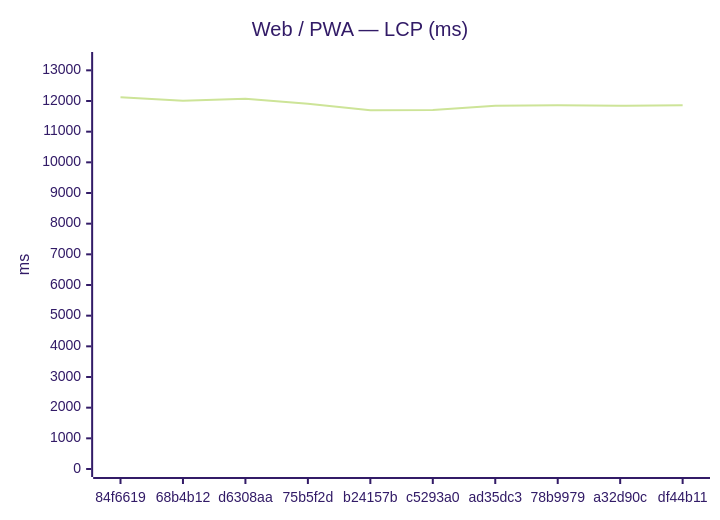
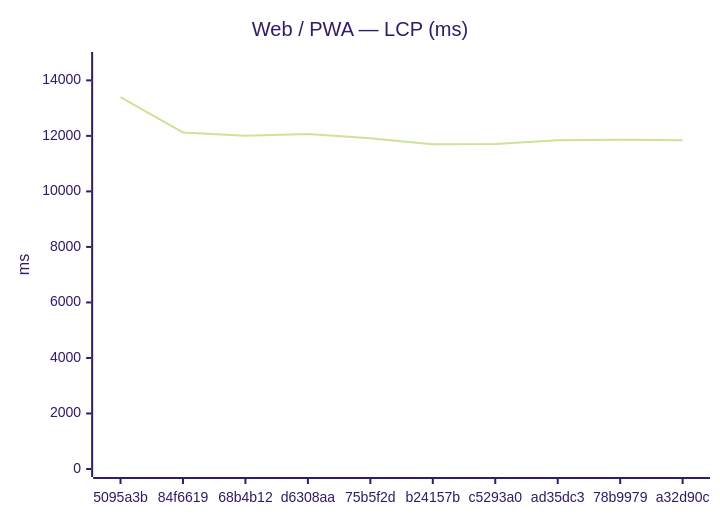
Before and after one commit to Metaheurist/Rianell: the first of 18 diagrams in benchmarks/compare.md, drawn with Mermaid (forest theme). The commit also changed other lines of this file and 11 other files, not shown here.

````diff
--- a/benchmarks/compare.md
+++ b/benchmarks/compare.md
@@ -24,7 +24,7 @@
 ```mermaid
 xychart-beta
     title "Web / PWA — LCP (ms)"
-    x-axis ["84f6619", "68b4b12", "d6308aa", "75b5f2d", "b24157b", "c5293a0", "ad35dc3", "78b9979", "a32d90c", "df44b11"]
-    y-axis "ms" 0 --> 13337
-    line [12124, 12007, 12072, 11911, 11695, 11707, 11844, 11862, 11845, 11860]
+    x-axis ["5095a3b", "84f6619", "68b4b12", "d6308aa", "75b5f2d", "b24157b", "c5293a0", "ad35dc3", "78b9979", "a32d90c"]
+    y-axis "ms" 0 --> 14734
+    line [13394, 12124, 12007, 12072, 11911, 11695, 11707, 11844, 11862, 11845]
 ```
````
